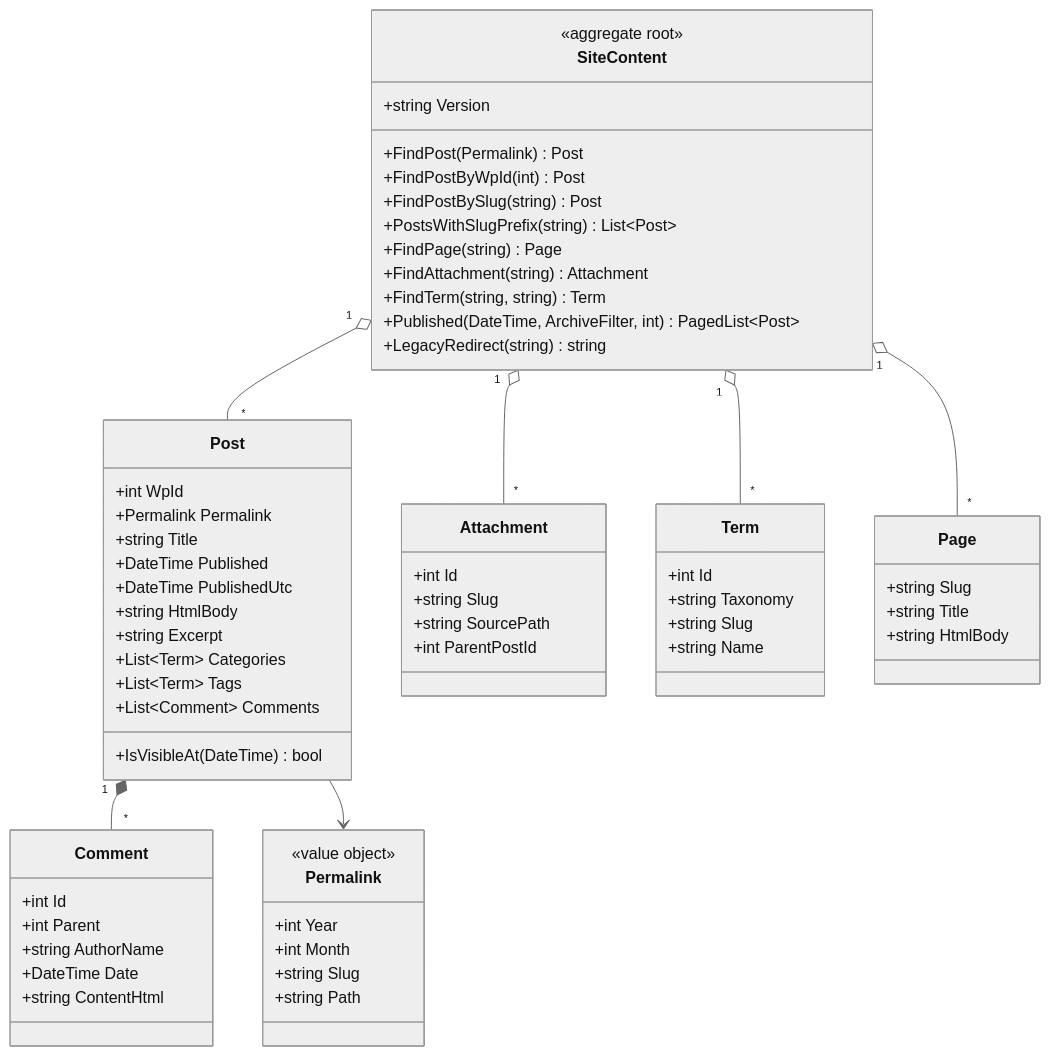
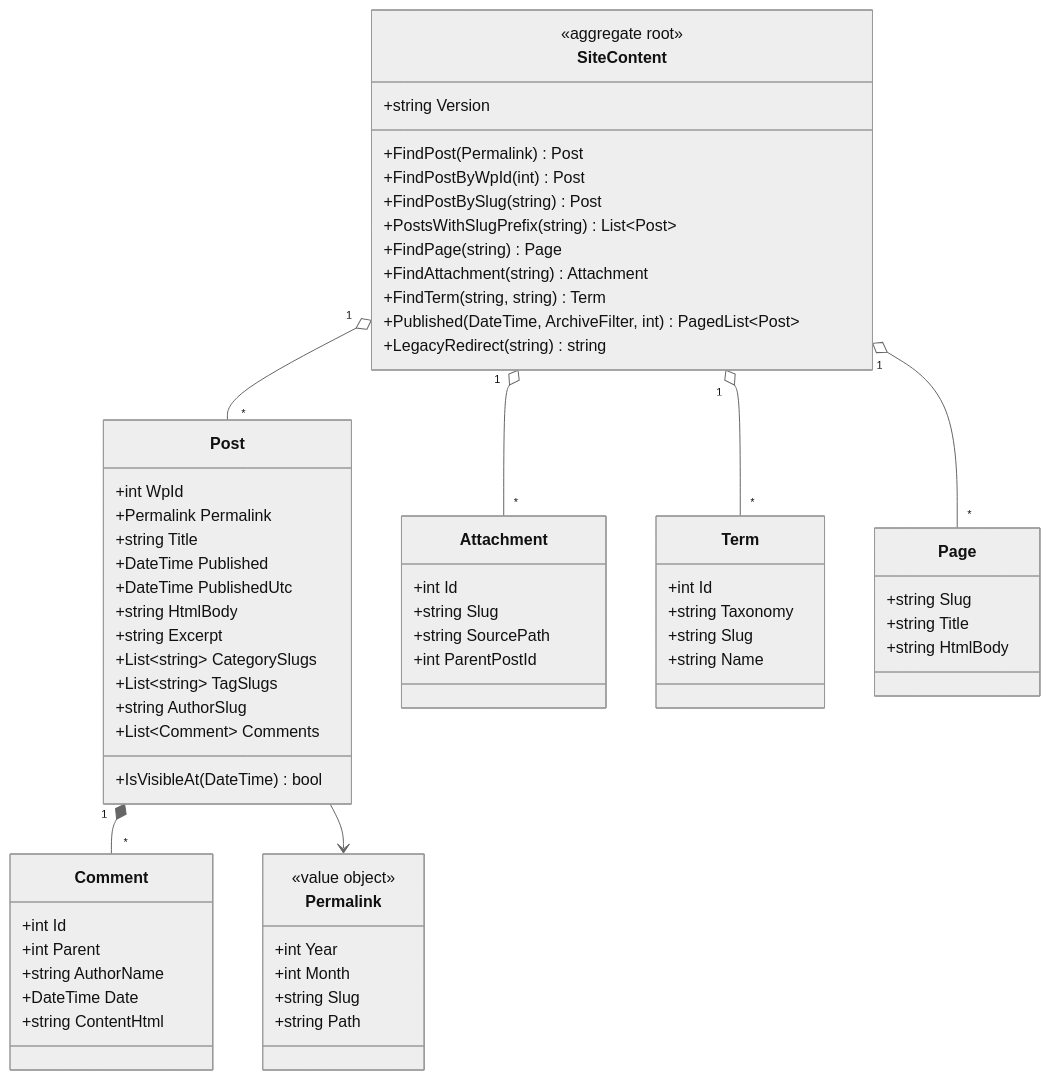
The third of 7 diagrams in docs/architecture/README.md (jeffreypalermo-sites/jeffreypalermo.com), drawn with Mermaid (neutral theme) before and after one commit. The commit also changed other lines of this file and 1004 other files, not shown here.

````diff
--- a/docs/architecture/README.md
+++ b/docs/architecture/README.md
@@ -100,66 +100,67 @@
 ```mermaid
 classDiagram
     class SiteContent {
       <<aggregate root>>
       +string Version
       +FindPost(Permalink) Post
       +FindPostByWpId(int) Post
       +FindPostBySlug(string) Post
       +PostsWithSlugPrefix(string) List~Post~
       +FindPage(string) Page
       +FindAttachment(string) Attachment
       +FindTerm(string, string) Term
       +Published(DateTime, ArchiveFilter, int) PagedList~Post~
       +LegacyRedirect(string) string
     }
     class Post {
       +int WpId
       +Permalink Permalink
       +string Title
       +DateTime Published
       +DateTime PublishedUtc
       +string HtmlBody
       +string Excerpt
-      +List~Term~ Categories
-      +List~Term~ Tags
+      +List~string~ CategorySlugs
+      +List~string~ TagSlugs
+      +string AuthorSlug
       +List~Comment~ Comments
       +IsVisibleAt(DateTime) bool
     }
     class Permalink {
       <<value object>>
       +int Year
       +int Month
       +string Slug
       +string Path
     }
     class Comment {
       +int Id
       +int Parent
       +string AuthorName
       +DateTime Date
       +string ContentHtml
     }
     class Attachment {
       +int Id
       +string Slug
       +string SourcePath
       +int ParentPostId
     }
     class Term {
       +int Id
       +string Taxonomy
       +string Slug
       +string Name
     }
     class Page {
       +string Slug
       +string Title
       +string HtmlBody
     }
     SiteContent "1" o-- "*" Post
     SiteContent "1" o-- "*" Page
     SiteContent "1" o-- "*" Attachment
     SiteContent "1" o-- "*" Term
     Post "1" *-- "*" Comment
     Post --> Permalink
 ```
````
